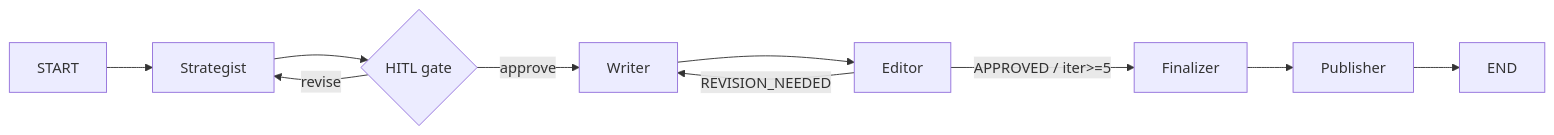
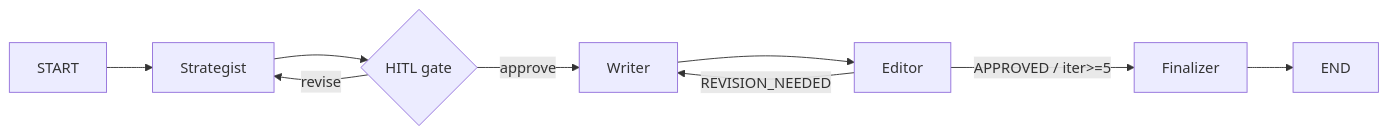
Before and after one commit to denl95/content-creator-agent: the diagram in README.md, drawn with Mermaid. The commit also changed other lines of this file and 12 other files, not shown here.

````diff
--- a/README.md
+++ b/README.md
@@ -13,12 +13,11 @@
 ```mermaid
 flowchart LR
     START --> Strategist
     Strategist --> HITL{HITL gate}
     HITL -- revise --> Strategist
     HITL -- approve --> Writer
     Writer --> Editor
     Editor -- REVISION_NEEDED --> Writer
     Editor -- APPROVED / iter>=5 --> Finalizer
-    Finalizer --> Publisher
-    Publisher --> END
+    Finalizer --> END
 ```
````
